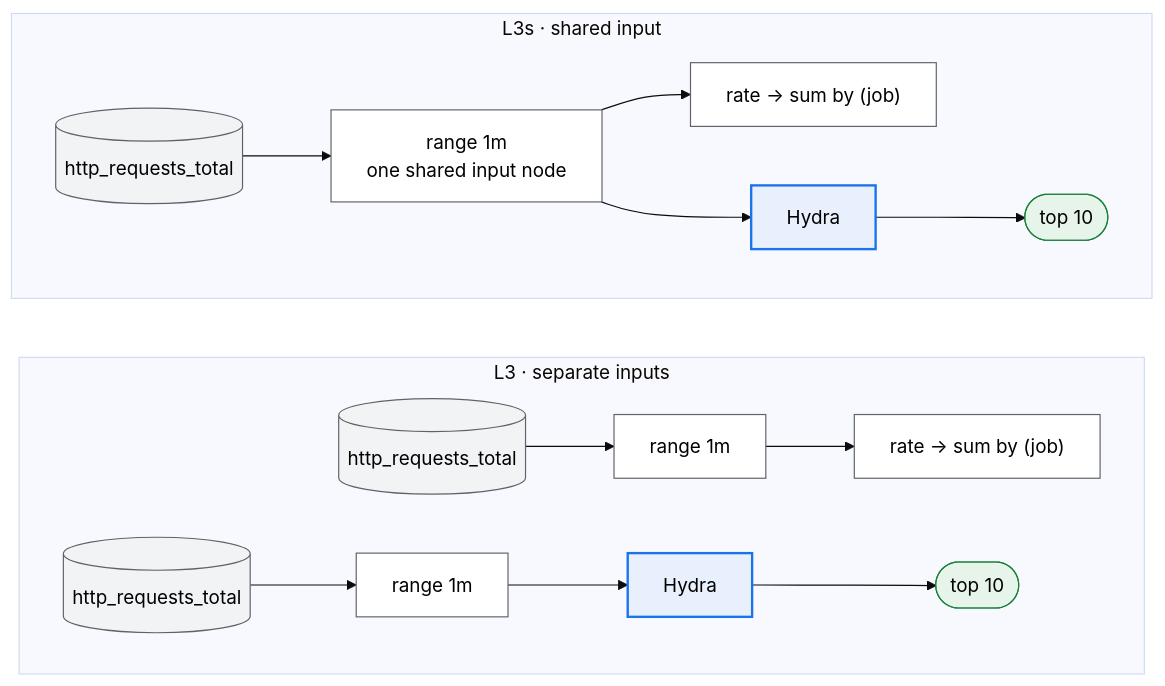
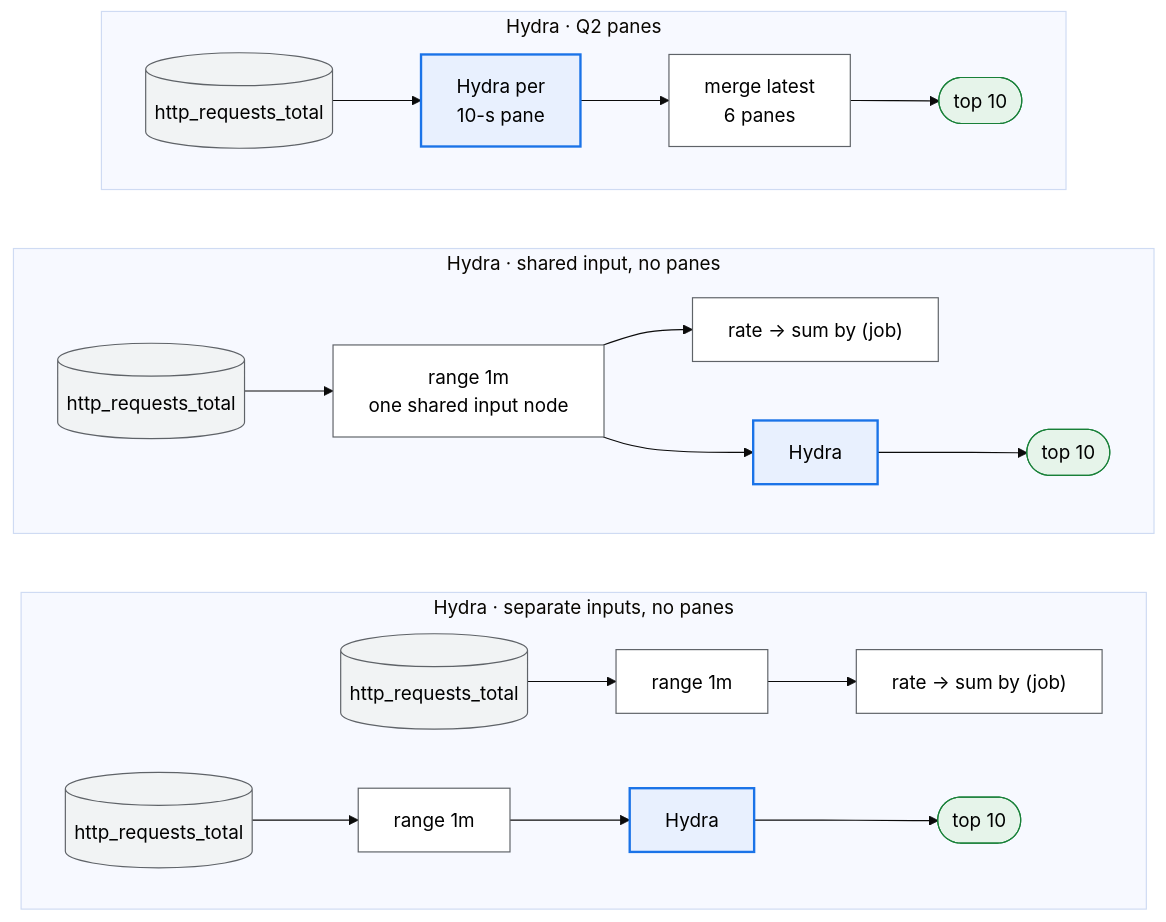
Before and after one commit to ProjectASAP/ASAPPlanner: the third of 10 diagrams in docs/design_docs/proposals/planner-layering.md, drawn with Mermaid (base theme). The commit also changed other lines of this file, not shown here.

````diff
--- a/docs/design_docs/proposals/planner-layering.md
+++ b/docs/design_docs/proposals/planner-layering.md
@@ -459,18 +451,22 @@
 ```mermaid
 flowchart LR
-  subgraph SEP["L3 · separate inputs"]
+  subgraph SEP["Hydra · separate inputs, no panes"]
     direction LR
     a1[("http_requests_total")]:::data --> a2["range 1m"]:::exact --> a3["rate → sum by (job)"]:::exact
     b1[("http_requests_total")]:::data --> b2["range 1m"]:::exact --> b3["Hydra"]:::summary --> b4(["top 10"]):::estimate
   end
-  subgraph SH["L3s · shared input"]
+  subgraph SH["Hydra · shared input, no panes"]
     direction LR
     c1[("http_requests_total")]:::data --> c2["range 1m<br/>one shared input node"]:::exact
     c2 --> c3["rate → sum by (job)"]:::exact
     c2 --> c4["Hydra"]:::summary --> c5(["top 10"]):::estimate
+  end
+  subgraph PN["Hydra · Q2 panes"]
+    direction LR
+    d1[("http_requests_total")]:::data --> d2["Hydra per<br/>10-s pane"]:::summary --> d3["merge latest<br/>6 panes"]:::exact --> d4(["top 10"]):::estimate
   end
   classDef data fill:#f1f3f4,stroke:#5f6368,color:#000;
   classDef exact fill:#fff,stroke:#5f6368,color:#000;
   classDef summary fill:#e8f0fe,stroke:#1a73e8,stroke-width:2px,color:#000;
   classDef estimate fill:#e6f4ea,stroke:#188038,color:#000;
 ```
````
